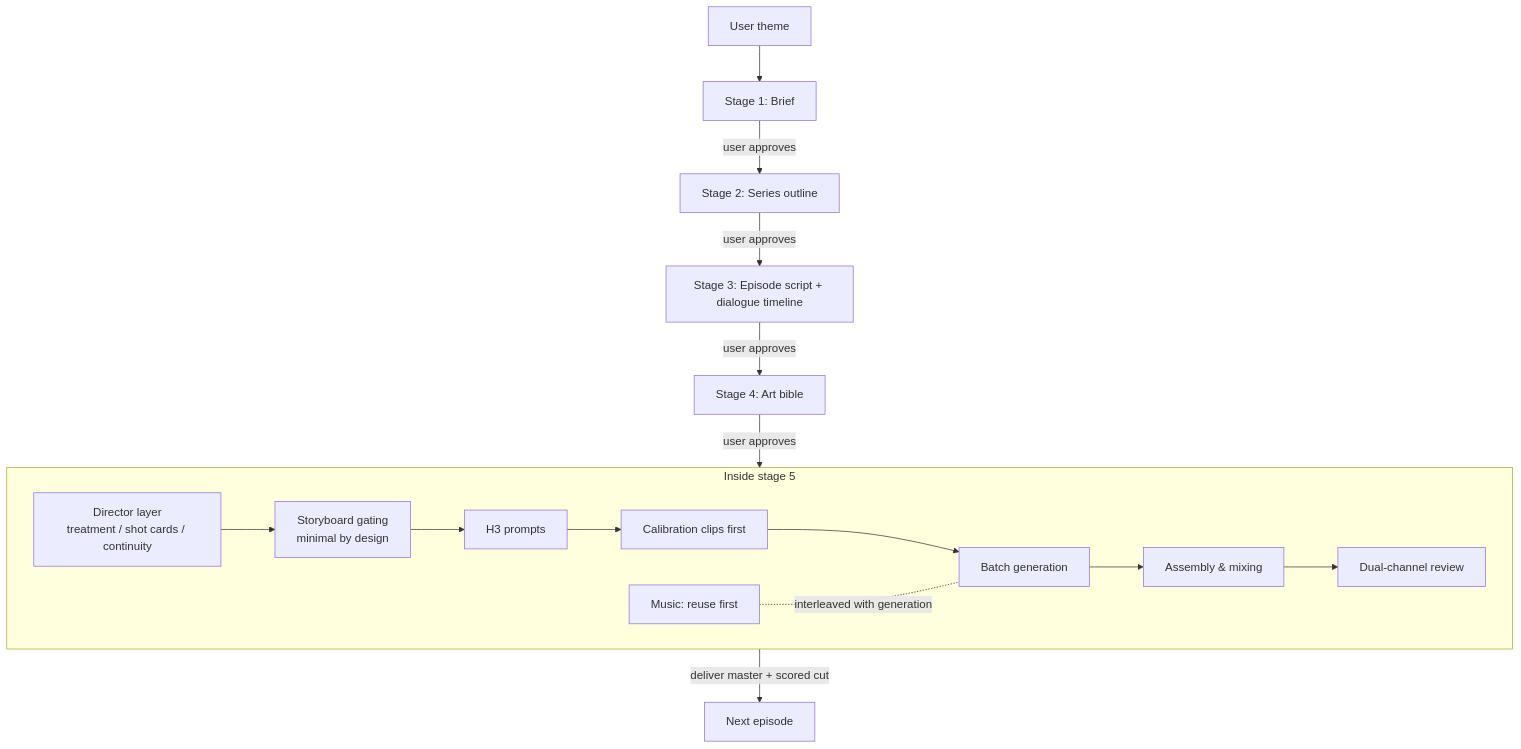
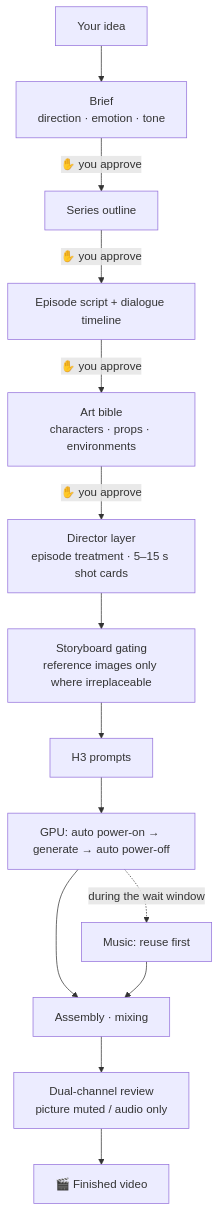
Before and after one commit to mini-yifan/open-source-video-gen-skill: the diagram in README_EN.md, drawn with Mermaid. The commit also changed other lines of this file, not shown here.

Commit message:
Reposition README_EN: vibe-video framing (via API)

````diff
--- a/README_EN.md
+++ b/README_EN.md
@@ -7,18 +21,16 @@
 ```mermaid
 flowchart TD
-    U[User theme] --> A[Stage 1: Brief]
-    A -->|user approves| B[Stage 2: Series outline]
-    B -->|user approves| C[Stage 3: Episode script + dialogue timeline]
-    C -->|user approves| D[Stage 4: Art bible]
-    D -->|user approves| E[Stage 5: Video & music]
-
-    subgraph E [Inside stage 5]
-        E1[Director layer<br/>treatment / shot cards / continuity] --> E2[Storyboard gating<br/>minimal by design]
-        E2 --> E3[H3 prompts]
-        E3 --> E4[Calibration clips first] --> E5[Batch generation]
-        E6[Music: reuse first] -.interleaved with generation.- E5
-        E5 --> E7[Assembly & mixing] --> E8[Dual-channel review]
-    end
-
-    E -->|deliver master + scored cut| F[Next episode]
+    U["Your idea"] --> A["Brief<br/>direction · emotion · tone"]
+    A -->|"✋ you approve"| B[Series outline]
+    B -->|"✋ you approve"| C[Episode script + dialogue timeline]
+    C -->|"✋ you approve"| D["Art bible<br/>characters · props · environments"]
+    D -->|"✋ you approve"| E["Director layer<br/>episode treatment · 5–15 s shot cards"]
+    E --> F[Storyboard gating<br/>reference images only where irreplaceable]
+    F --> G[H3 prompts]
+    G --> H["GPU: auto power-on → generate → auto power-off"]
+    H -.during the wait window.-> M[Music: reuse first]
+    H --> I[Assembly · mixing]
+    M --> I
+    I --> J[Dual-channel review<br/>picture muted / audio only]
+    J --> K[🎬 Finished video]
 ```
````
